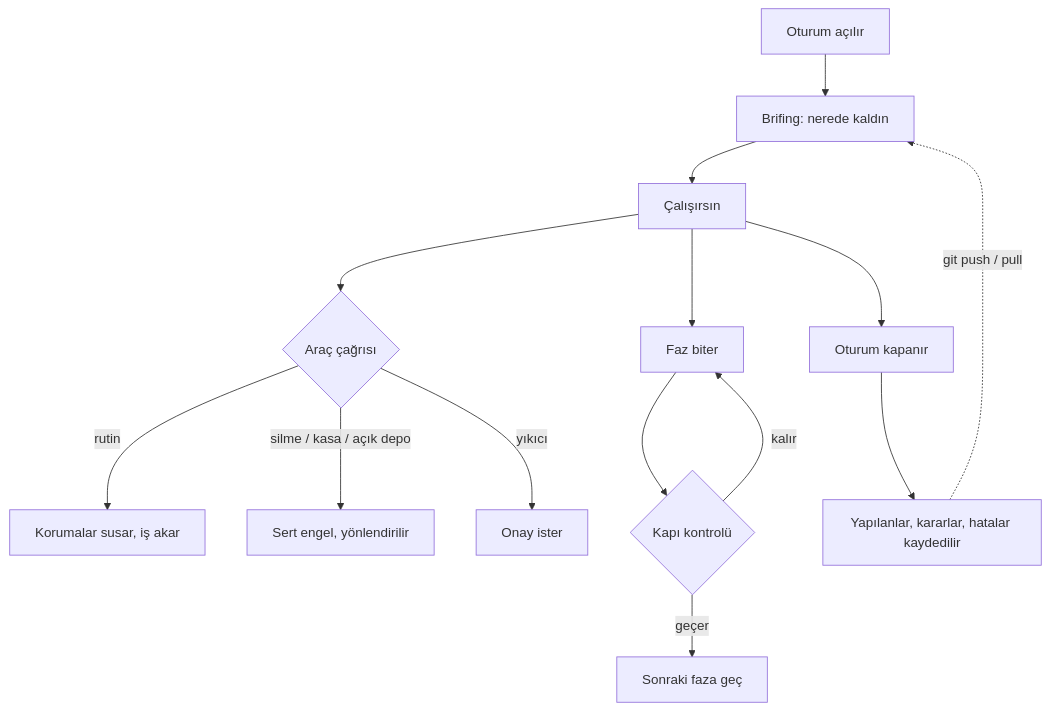
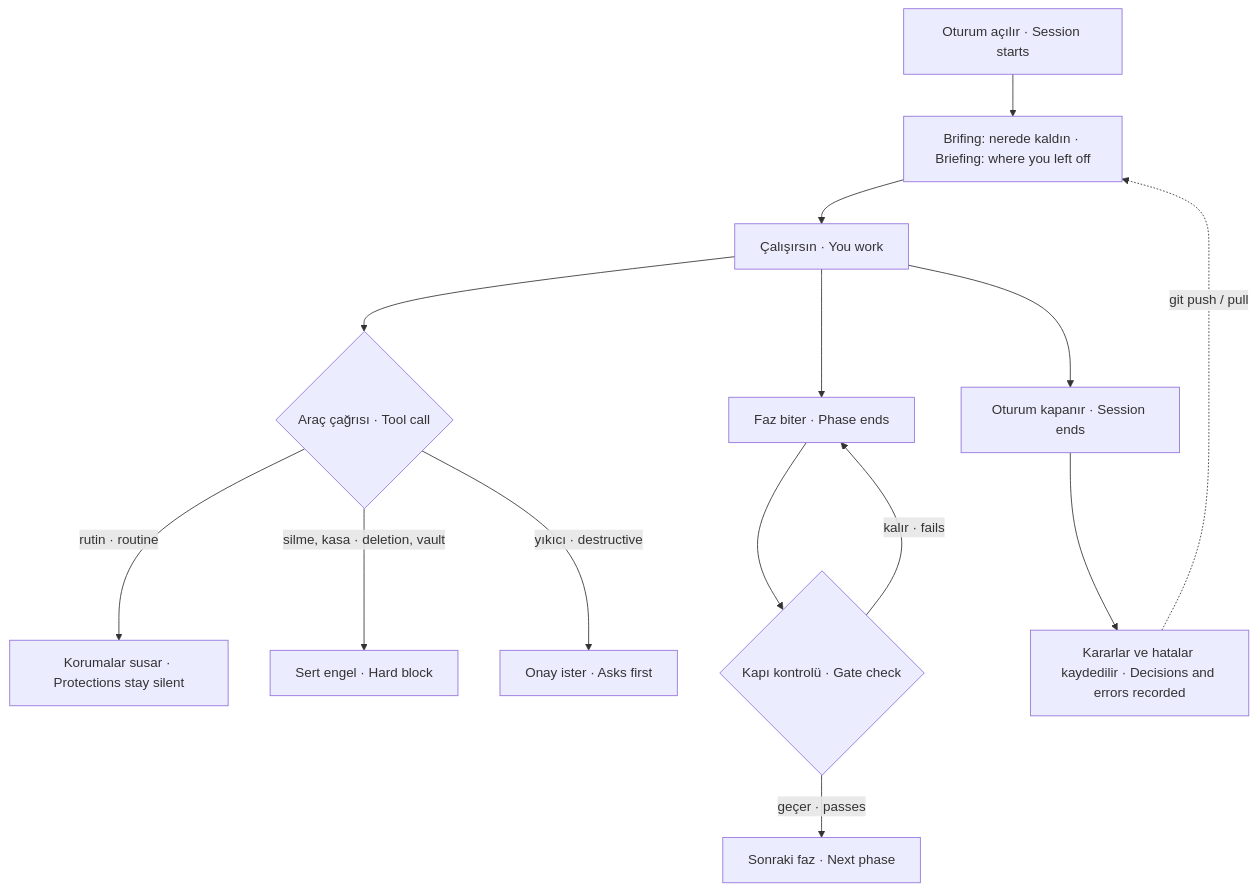
The diagram in README.md (enverkocak/framework), drawn with Mermaid before and after one commit. The commit also changed other lines of this file and 7 other files, not shown here.

````diff
--- a/README.md
+++ b/README.md
@@ -132,16 +157,16 @@
 ```mermaid
 flowchart TD
-    A[Oturum açılır] --> B[Brifing: nerede kaldın]
-    B --> C[Çalışırsın]
-    C --> D{Araç çağrısı}
-    D -->|rutin| E[Korumalar susar, iş akar]
-    D -->|silme / kasa / açık depo| F[Sert engel, yönlendirilir]
-    D -->|yıkıcı| G[Onay ister]
-    C --> H[Faz biter]
-    H --> I{Kapı kontrolü}
-    I -->|geçer| J[Sonraki faza geç]
-    I -->|kalır| H
-    C --> K[Oturum kapanır]
-    K --> L[Yapılanlar, kararlar, hatalar kaydedilir]
+    A[Oturum açılır · Session starts] --> B[Brifing: nerede kaldın · Briefing: where you left off]
+    B --> C[Çalışırsın · You work]
+    C --> D{Araç çağrısı · Tool call}
+    D -->|rutin · routine| E[Korumalar susar · Protections stay silent]
+    D -->|silme, kasa · deletion, vault| F[Sert engel · Hard block]
+    D -->|yıkıcı · destructive| G[Onay ister · Asks first]
+    C --> H[Faz biter · Phase ends]
+    H --> I{Kapı kontrolü · Gate check}
+    I -->|geçer · passes| J[Sonraki faz · Next phase]
+    I -->|kalır · fails| H
+    C --> K[Oturum kapanır · Session ends]
+    K --> L[Kararlar ve hatalar kaydedilir · Decisions and errors recorded]
     L -.git push / pull.-> B
 ```
````
